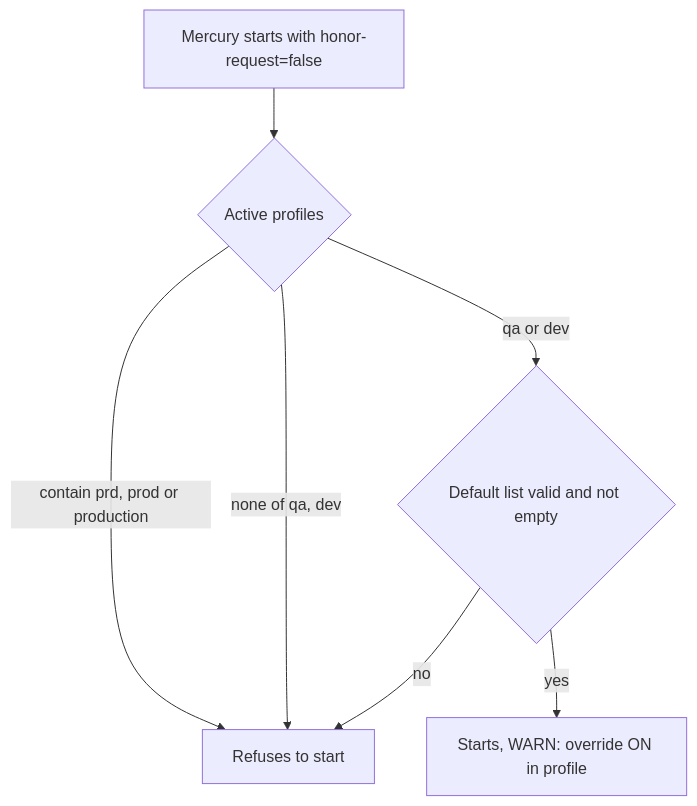
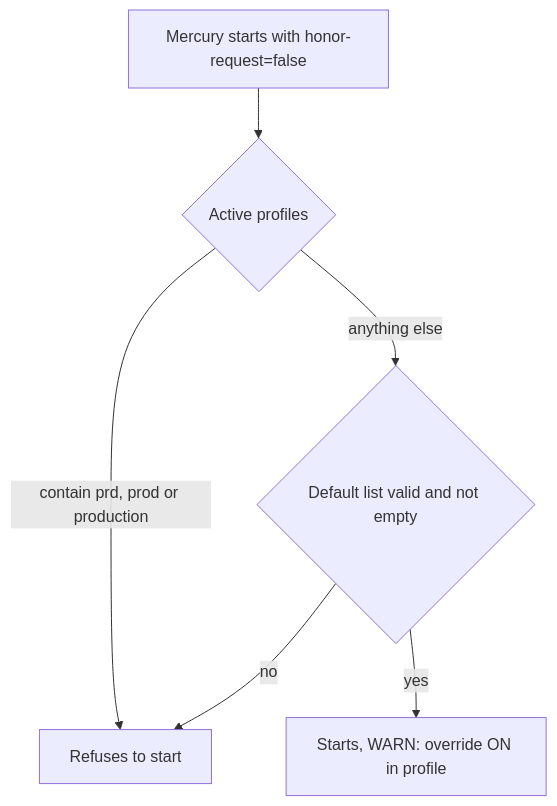
The second of 3 diagrams in docs/tec/en/22-qa-test-recipients.md (um-dev-creative/mercury), drawn with Mermaid before and after one commit. The commit also changed other lines of this file and 7 other files, not shown here.

````diff
--- a/docs/tec/en/22-qa-test-recipients.md
+++ b/docs/tec/en/22-qa-test-recipients.md
@@ -37,9 +37,8 @@
 ```mermaid
 flowchart TD
     S[Mercury starts with honor-request=false] --> P{Active profiles}
     P -->|contain prd, prod or production| X[Refuses to start]
-    P -->|none of qa, dev| X
-    P -->|qa or dev| L{Default list valid and not empty}
+    P -->|anything else| L{Default list valid and not empty}
     L -->|no| X
     L -->|yes| OK[Starts, WARN: override ON in profile]
 ```
````
